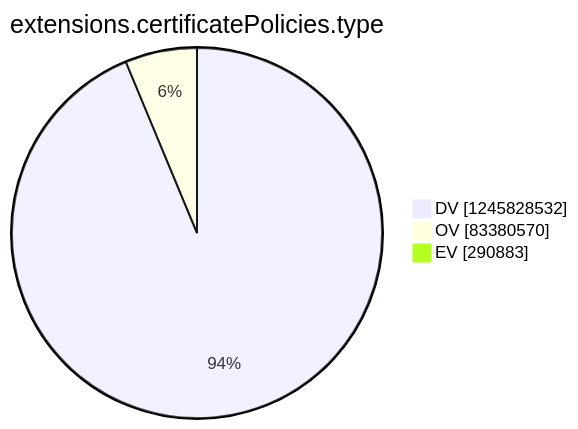
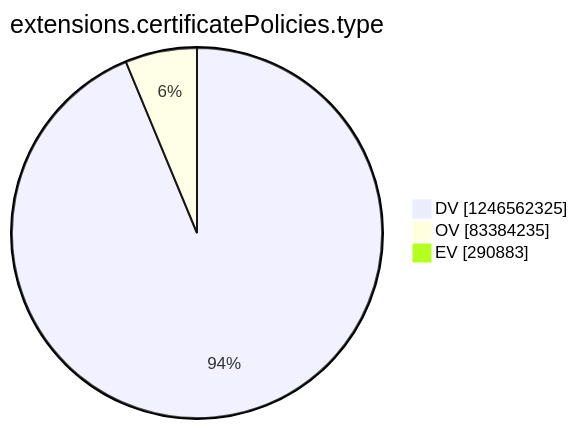
One commit to christiankrug/ctmonitor_visualization changed the tenth of 15 diagrams in argon2022/README.md. Above: the diagram before and after it, drawn with Mermaid. The commit also changed other lines of this file, not shown here.

````diff
--- a/argon2022/README.md
+++ b/argon2022/README.md
@@ -2771,7 +2771,7 @@
 ```mermaid
 pie showData
 title extensions.certificatePolicies.type
-"DV" :1245828532
-"OV" :83380570
+"DV" :1246562325
+"OV" :83384235
 "EV" :290883
 ```
````
